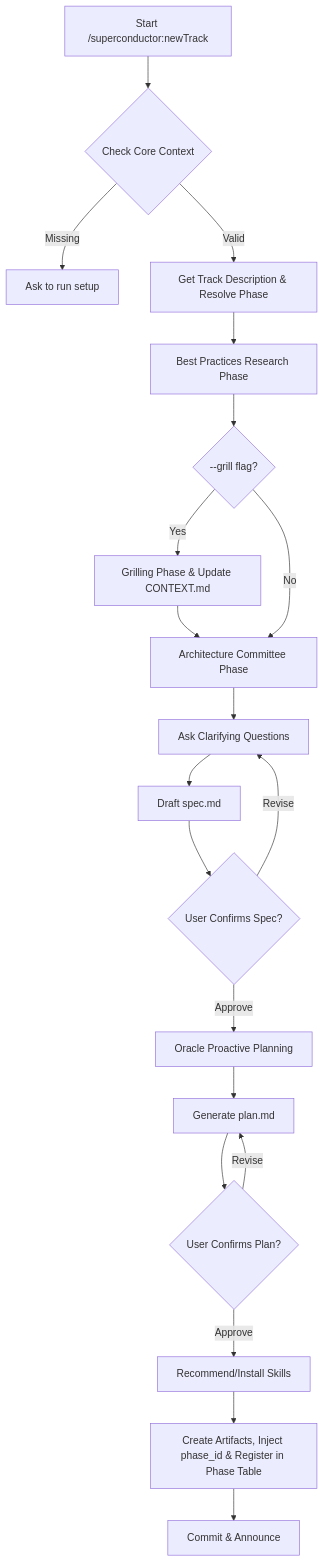
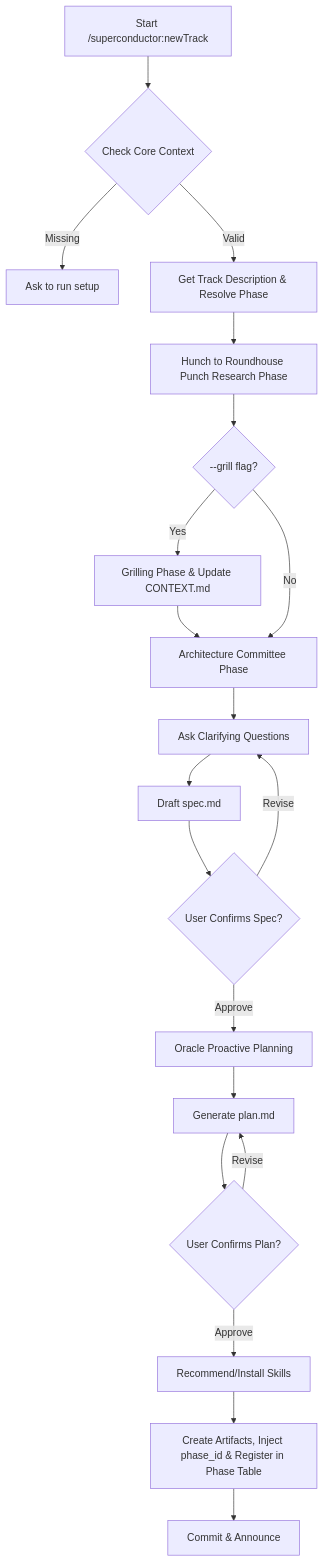
Before and after one commit to Gooseware/superconductor: the diagram in skills/new-track/SKILL.md, drawn with Mermaid. The commit also changed other lines of this file and 16 other files, not shown here.

````diff
--- a/skills/new-track/SKILL.md
+++ b/skills/new-track/SKILL.md
@@ -448,22 +447,22 @@
 ```mermaid
 graph TD
     A[Start /superconductor:newTrack] --> B{Check Core Context}
     B -->|Missing| C[Ask to run setup]
     B -->|Valid| D[Get Track Description & Resolve Phase]
-    D --> E[Best Practices Research Phase]
+    D --> E[Hunch to Roundhouse Punch Research Phase]
     E --> E2{--grill flag?}
     E2 -->|Yes| E3[Grilling Phase & Update CONTEXT.md]
     E3 --> F
     E2 -->|No| F[Architecture Committee Phase]
     F --> G[Ask Clarifying Questions]
     G --> H[Draft spec.md]
     H --> I{User Confirms Spec?}
     I -->|Revise| G
     I -->|Approve| J[Oracle Proactive Planning]
     J --> K[Generate plan.md]
     K --> L{User Confirms Plan?}
     L -->|Revise| K
     L -->|Approve| M[Recommend/Install Skills]
     M --> N[Create Artifacts, Inject phase_id & Register in Phase Table]
     N --> O[Commit & Announce]
 ```
````
